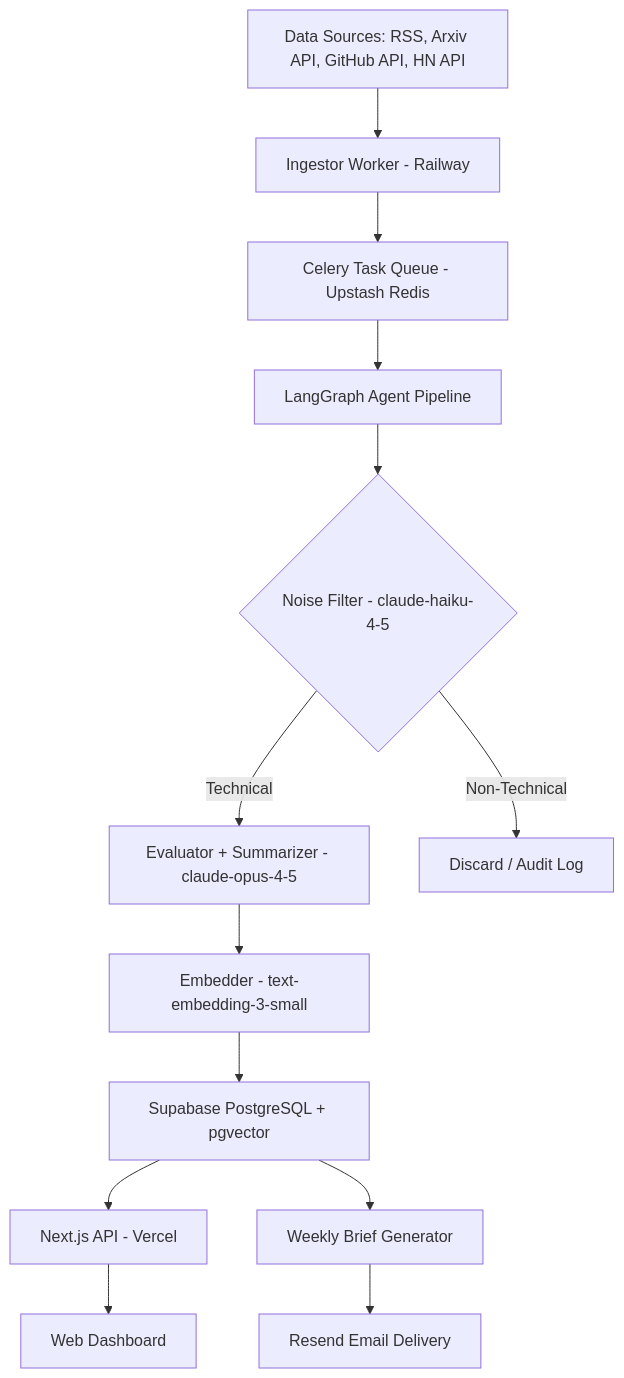
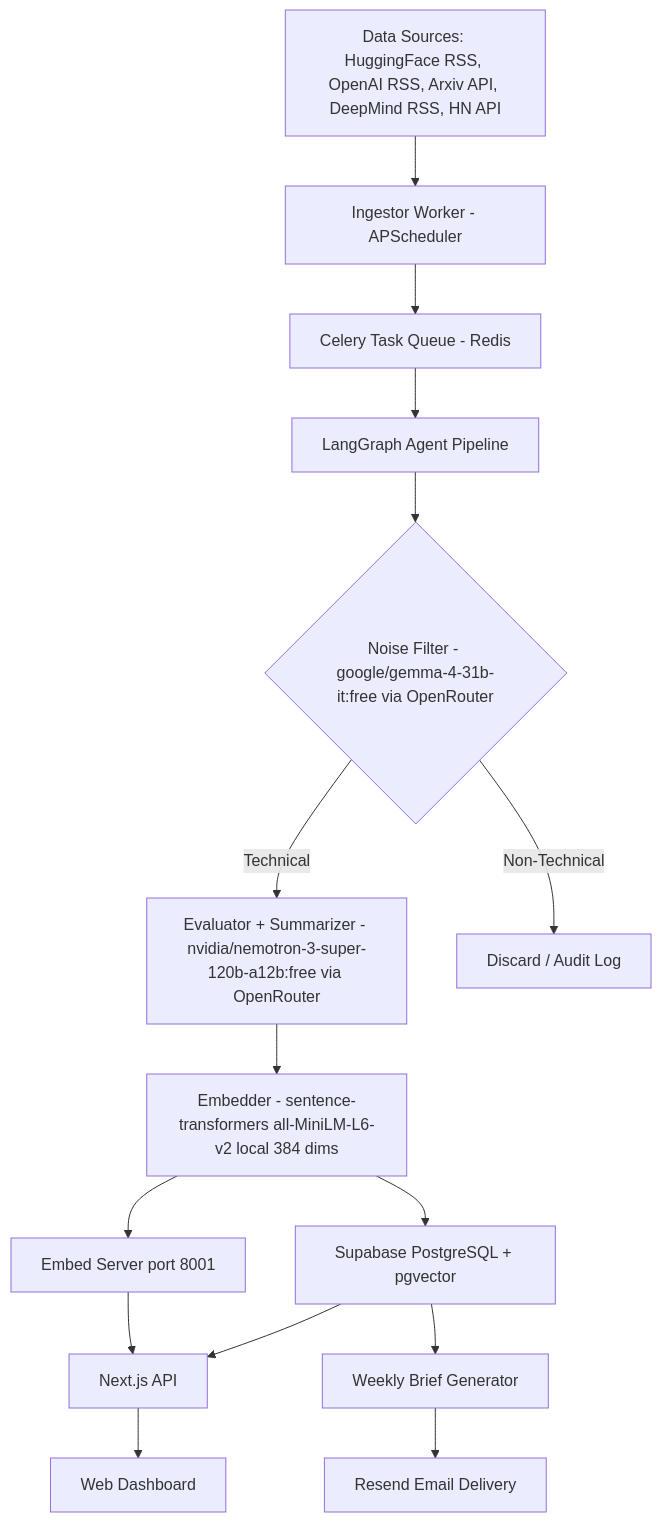
The diagram in ARCHITECTURE.md (bescamilla-applaudo/ai-news-solution), drawn with Mermaid before and after one commit. The commit also changed other lines of this file, not shown here.

First line of the commit message:
docs: update ARCHITECTURE.md to reflect refactor (no auth, OpenRouter, local embeddings)

````diff
--- a/ARCHITECTURE.md
+++ b/ARCHITECTURE.md
@@ -9,15 +9,17 @@
 ```mermaid
 graph TD
-    A[Data Sources: RSS, Arxiv API, GitHub API, HN API] --> B[Ingestor Worker - Railway]
-    B --> C[Celery Task Queue - Upstash Redis]
+    A[Data Sources: HuggingFace RSS, OpenAI RSS, Arxiv API, DeepMind RSS, HN API] --> B[Ingestor Worker - APScheduler]
+    B --> C[Celery Task Queue - Redis]
     C --> D[LangGraph Agent Pipeline]
-    D --> E{Noise Filter - claude-haiku-4-5}
-    E -- Technical --> F[Evaluator + Summarizer - claude-opus-4-5]
+    D --> E{Noise Filter - google/gemma-4-31b-it:free via OpenRouter}
+    E -- Technical --> F[Evaluator + Summarizer - nvidia/nemotron-3-super-120b-a12b:free via OpenRouter]
     E -- Non-Technical --> G[Discard / Audit Log]
-    F --> H[Embedder - text-embedding-3-small]
+    F --> H[Embedder - sentence-transformers all-MiniLM-L6-v2 local 384 dims]
     H --> I[Supabase PostgreSQL + pgvector]
-    I --> J[Next.js API - Vercel]
+    I --> J[Next.js API]
     J --> K[Web Dashboard]
     I --> L[Weekly Brief Generator]
     L --> M[Resend Email Delivery]
+    N[Embed Server port 8001] --> J
+    H --> N
 ```
````
